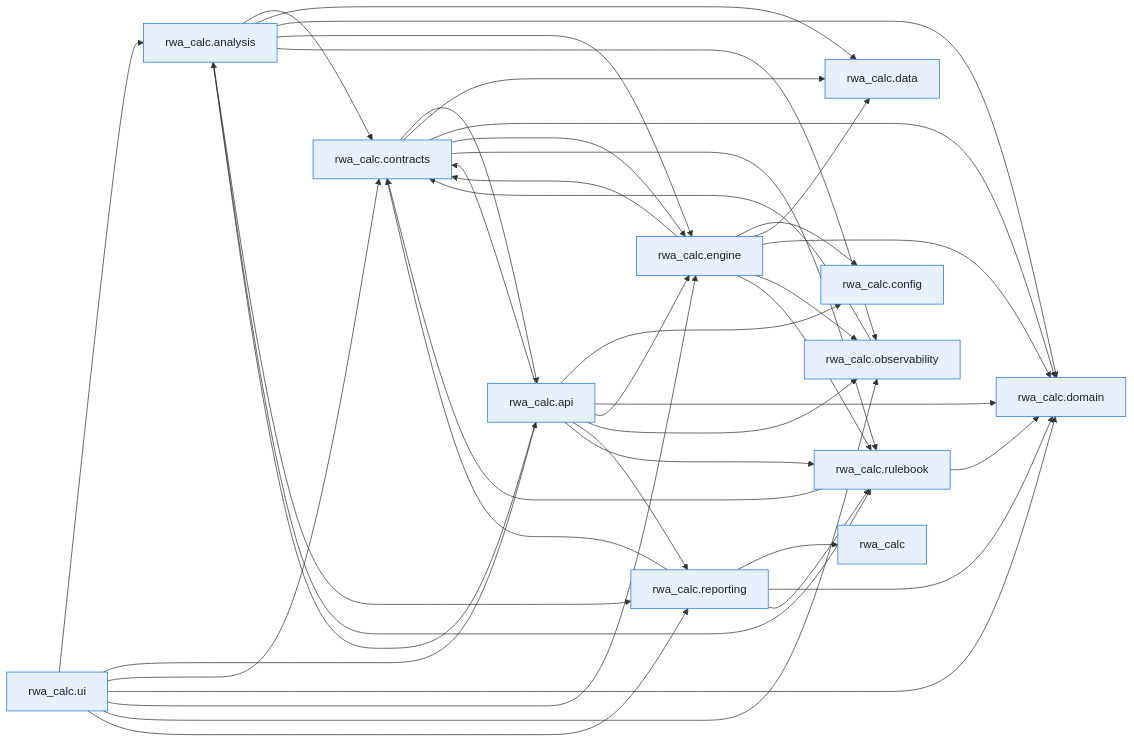
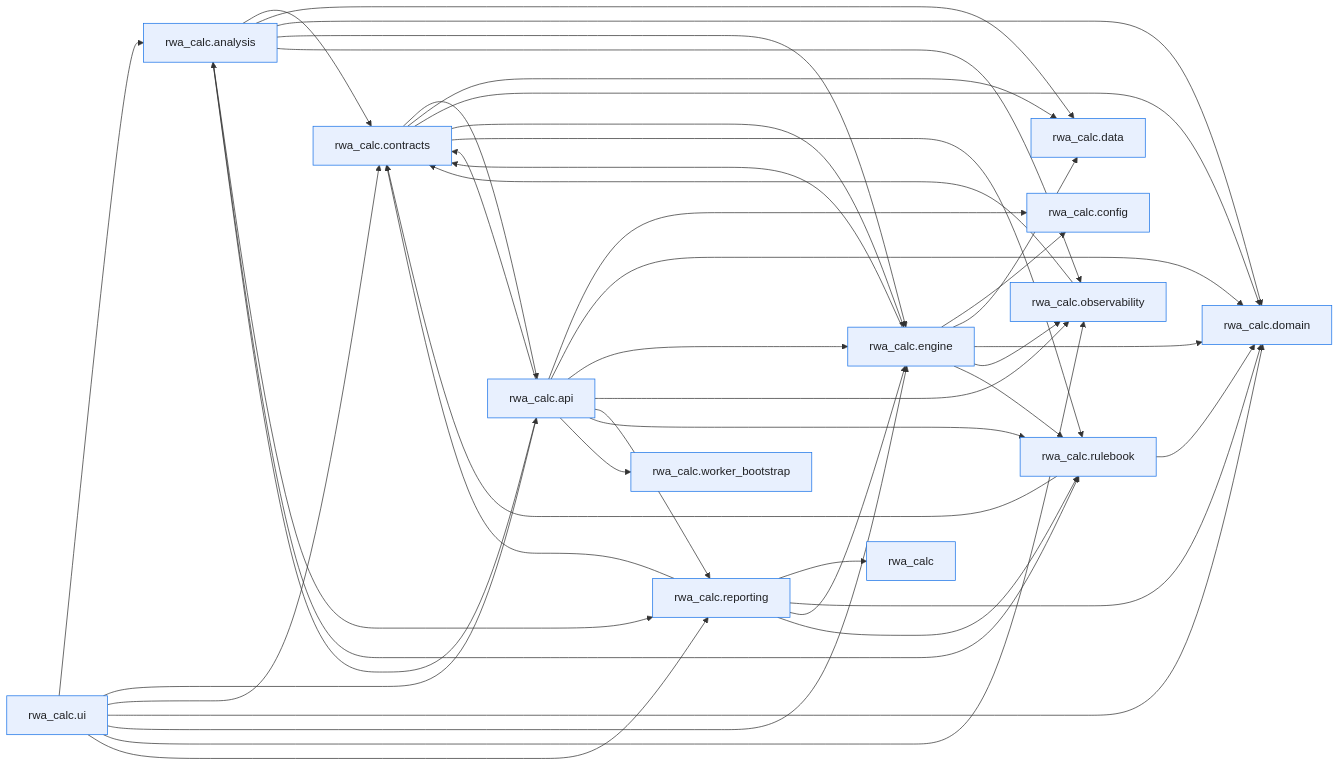
Before and after one commit to OpenAfterHours/rwa_calculator: the first of 2 diagrams in docs/development/module-dependencies.md, drawn with Mermaid. The commit also changed other lines of this file and 217 other files, not shown here.

````diff
--- a/docs/development/module-dependencies.md
+++ b/docs/development/module-dependencies.md
@@ -27,57 +27,60 @@
 ```mermaid
 flowchart LR
     p0["rwa_calc"]
     p1["rwa_calc.analysis"]
     p2["rwa_calc.api"]
     p3["rwa_calc.config"]
     p4["rwa_calc.contracts"]
     p5["rwa_calc.data"]
     p6["rwa_calc.domain"]
     p7["rwa_calc.engine"]
     p8["rwa_calc.observability"]
     p9["rwa_calc.reporting"]
     p10["rwa_calc.rulebook"]
     p11["rwa_calc.ui"]
+    p12["rwa_calc.worker_bootstrap"]
     p1 --> p4
     p1 --> p5
     p1 --> p6
     p1 --> p7
     p1 --> p8
     p1 --> p9
     p1 --> p10
     p2 --> p1
     p2 --> p3
     p2 --> p4
     p2 --> p6
     p2 --> p7
     p2 --> p8
     p2 --> p9
     p2 --> p10
+    p2 --> p12
     p4 --> p2
     p4 --> p5
     p4 --> p6
     p4 --> p7
     p4 --> p10
     p7 --> p3
     p7 --> p4
     p7 --> p5
     p7 --> p6
     p7 --> p8
     p7 --> p10
     p8 --> p4
     p9 --> p0
     p9 --> p4
     p9 --> p6
+    p9 --> p7
     p9 --> p10
     p10 --> p4
     p10 --> p6
     p11 --> p1
     p11 --> p2
     p11 --> p4
     p11 --> p6
     p11 --> p7
     p11 --> p8
     p11 --> p9
     classDef first_party fill:#e8f0fe,stroke:#1a73e8,color:#202124
-    class p0,p1,p2,p3,p4,p5,p6,p7,p8,p9,p10,p11 first_party
+    class p0,p1,p2,p3,p4,p5,p6,p7,p8,p9,p10,p11,p12 first_party
 ```
````
